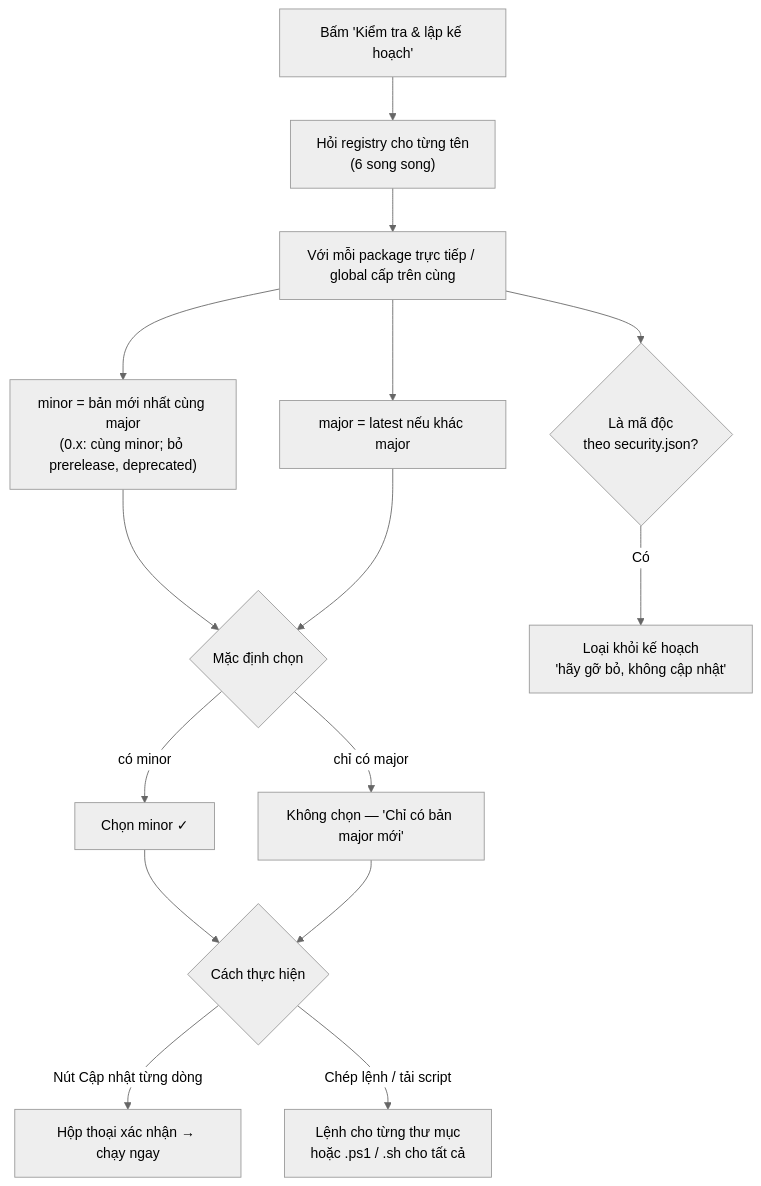
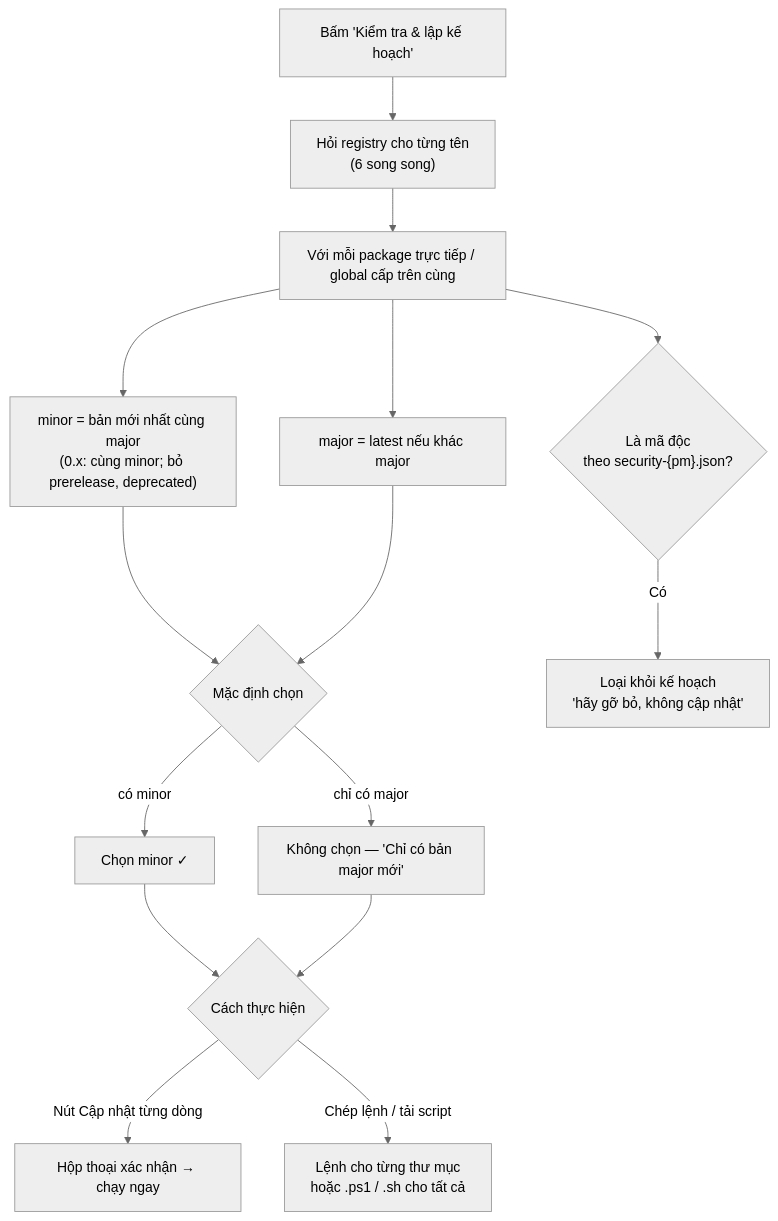
Before and after one commit to phanhuyyy/libpack-guard: the tenth of 12 diagrams in docs/vi/workflows.md, drawn with Mermaid (neutral theme). The commit also changed other lines of this file and 50 other files, not shown here.

````diff
--- a/docs/vi/workflows.md
+++ b/docs/vi/workflows.md
@@ -270,18 +270,18 @@
 ```mermaid
 flowchart TD
     Start["Bấm 'Kiểm tra & lập kế hoạch'"] --> Fetch["Hỏi registry cho từng tên<br/>(6 song song)"]
     Fetch --> Row["Với mỗi package trực tiếp / global cấp trên cùng"]
     Row --> Minor["minor = bản mới nhất cùng major<br/>(0.x: cùng minor; bỏ prerelease, deprecated)"]
     Row --> Major["major = latest nếu khác major"]
     Minor --> Def{"Mặc định chọn"}
     Major --> Def
     Def -- "có minor" --> SelMinor["Chọn minor ✓"]
     Def -- "chỉ có major" --> SelNone["Không chọn — 'Chỉ có bản major mới'"]
-    Row --> MalChk{"Là mã độc<br/>theo security.json?"}
+    Row --> MalChk{"Là mã độc<br/>theo security-{pm}.json?"}
     MalChk -- Có --> Block["Loại khỏi kế hoạch<br/>'hãy gỡ bỏ, không cập nhật'"]
     SelMinor --> Out
     SelNone --> Out
     Out{"Cách thực hiện"}
     Out -- "Nút Cập nhật từng dòng" --> One["Hộp thoại xác nhận → chạy ngay"]
     Out -- "Chép lệnh / tải script" --> Script["Lệnh cho từng thư mục<br/>hoặc .ps1 / .sh cho tất cả"]
 ```
````
